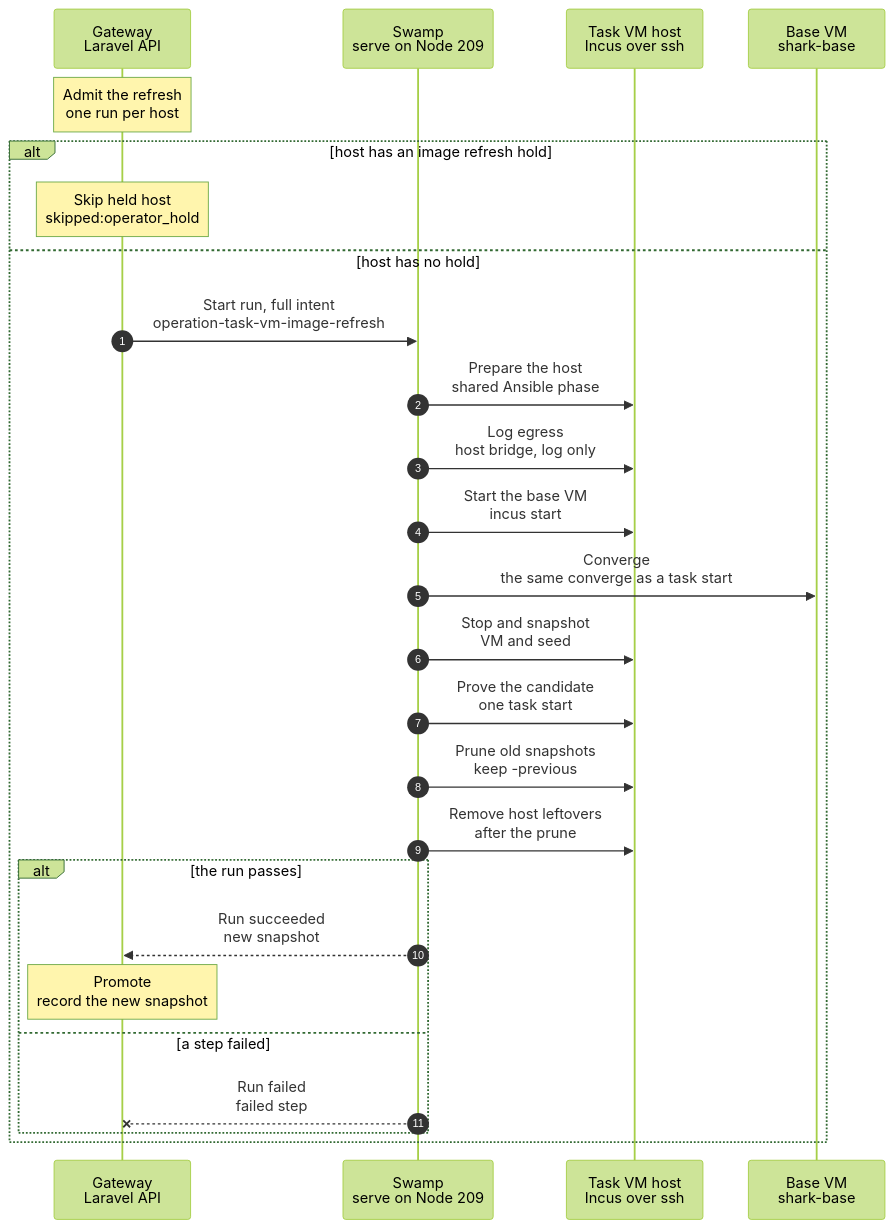
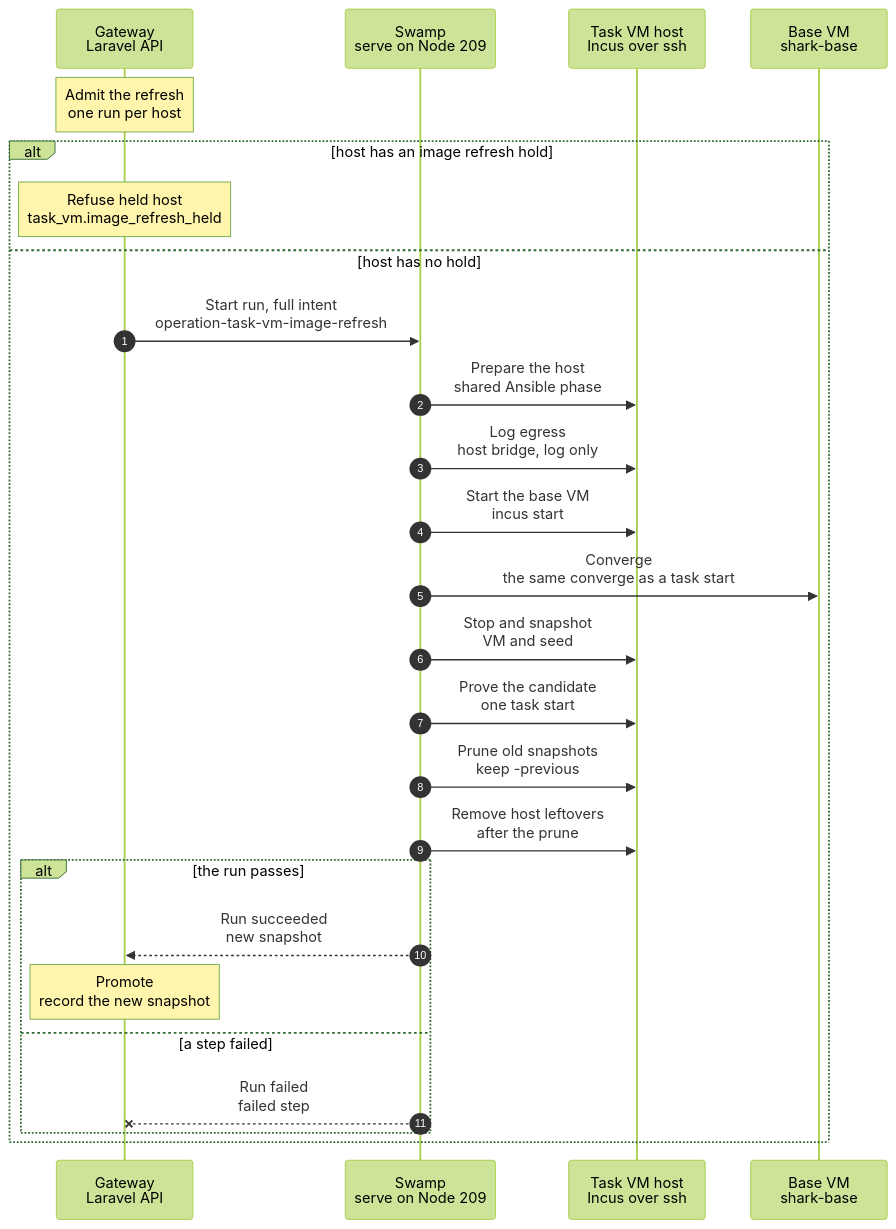
One commit to hardimpactdev/orbit changed the diagram in docs/cli/task/vm-image-refresh.mmd. Above: the diagram before and after it, drawn with Mermaid (forest theme). The commit also changed 8 other files, not shown here.

Commit message:
docs(task-vms): no document promises a task VM image refresh trigger

```diff
--- a/docs/cli/task/vm-image-refresh.mmd
+++ b/docs/cli/task/vm-image-refresh.mmd
@@ -1,89 +1,89 @@
 sequenceDiagram
   %% Target design: each task VM host keeps one stopped base VM, `shark-base`, that never gets an identity. Its ZFS snapshot is the base a task start copies; there is no Incus image and no publish. When a refresh runs, the base VM converges and a new snapshot becomes the base, so a task start's converge stays near a no-op. Old path, off: the refresh of the nested-fleet default after a release (docs/cli/instance/container/fleet-refresh.mmd) replaced its release trigger and daily run, which are removed; nothing in the Gateway starts this kind, and it leaves with the task VM path (docs/reference/old-paths.md).
   %% status: draft
   %% command: none · no trigger; nothing starts it
   %% kind: task_vm.image_refresh
   autonumber
   %% lane GW icon=gateway pill=intent tone=blue
   %% lane SW icon=workflow pill=executes tone=green
   %% lane H icon=server pill=target tone=amber
   %% lane VM icon=server pill=base VM tone=purple
   participant GW as Gateway<br/>Laravel API
   participant SW as Swamp<br/>serve on Node 209
   participant H as Task VM host<br/>Incus over ssh
   participant VM as Base VM<br/>shark-base
   Note over GW: Admit the refresh<br/>one run per host
   %%> Started by:
   %%> - nothing: the release step "Admit VM refreshes", the daily 03:20 schedule and the artisan commands `task-vms:refresh-images` and `task-vms:refresh-image` are removed
   %%> Result:
   %%> - the candidate proof may take the shared CI reserve (place 1), then any free task place; task work cannot starve it, and a busy proof may still refuse it
   %%> - a CI-only host permits its own refresh proof, pinned to that host; Sabre refresh proves on Sabre and never spills onto another host
   %%> - one run per host; a host with a refresh open keeps it, and a second admission returns it; no commit waits behind it
   alt host has an image refresh hold
-    Note over GW: Skip held host<br/>skipped:operator_hold
+    Note over GW: Refuse held host<br/>task_vm.image_refresh_held
     %%> Result:
     %%> - an admission, including --from-stock, refuses with task_vm.image_refresh_held; no Operation is created or queued
     %%> - the host keeps serving its last promoted snapshot; an admitted refresh is unchanged
   else host has no hold
   GW->>SW: Start run, full intent<br/>operation-task-vm-image-refresh
   SW->>H: Prepare the host<br/>shared Ansible phase
   %%> What it does:
   %%> - validates existing pool, project and bridge before changes; preserves unrelated host resources
   %%> - creates a missing native dataset pool, or an Incus-managed loop-backed ZFS pool with the configured size
   %%> - caps ARC at 2 GiB only when the actual pool source is a regular file; native-ZFS hosts keep their setting
   %%> - converges the isolated NAT bridge, ACL, project, profile, stock Ubuntu image and forwarding rule; an unchanged rerun changes nothing
   %%> - permits DHCP requests (UDP 68 to 67) from the task bridge and DNS (TCP/UDP 53) to its host address through UFW before first boot, using the orbit:task-vms-* catalog ownership shown by firewall:list --managed; a forwarding rule alone cannot admit these host input packets
   SW->>H: Log egress<br/>host bridge, log only
   %%> What it does:
   %%> - sets up the egress log of the host bridge (Ansible part `egress-log`): an nftables rule logs each new outside connection of a task VM, rsyslog writes it to its own file, and dnsmasq logs the DNS queries; nothing is blocked
   %%> - the first run sets `raw.dnsmasq`, which runs the whole setup of the bridge again and restarts its dnsmasq: running VMs lose DNS for about a second, so it should run when no provision is running; Incus then runs that dnsmasq without its AppArmor profile, as the user `incus`
   %%> - it runs before the base is touched; only a safety check fails the run (rules that do not load, a bridge with IPv6, an ACL without its drop rule) and starts no rollback; other checks warn
   SW->>H: Start the base VM<br/>incus start
   %%> What it does:
   %%> - before starting, converges the base VM's `raw.qemu.conf`: `[boot-opts]` with `menu = "on"` and `splash-time = "0"` skips OVMF's 3 s menu wait; every snapshot and task copy inherit it
   %%> - starts the stopped base VM; about 10 s to its guest agent; its containers start with it
   %%> - a host without a recorded base snapshot discards any unpromoted base VM and seed left by a failed build, then uses `incus init` from the stock Ubuntu VM image and an empty seed volume; first boot makes the `orbit` account and installs the SSH server; the converge builds everything else
   %%> - after cloud-init ends with status 0 or 2, reads `orbit`'s authorized keys through Incus and checks their native SHA256 fingerprints against the admitted control public key before Converge; missing or empty keys fail with `task_vm.bootstrap_key_missing`, and no matching fingerprint fails with `task_vm.bootstrap_key_mismatch`
   %%> - this early authentication refusal detects incomplete provisioning; it does not prevent a reboot, rewrite keys or replay cloud-init
   %%> - the task VM project keeps `restricted.snapshots=allow`: the base is a snapshot, and only a host API client can take one
   %%> - an admission from stock withdraws the recorded base at admission, so no task start copies it, and the run first deletes the base VM and its seed with their snapshots and builds the base from stock; after a failure the next refresh builds it as on a new host
   SW->>VM: Converge<br/>the same converge as a task start
   %%> What it does:
   %%> - each part runs only when its digest changed: the outer VM, the warm checkout at the release commit, each container
   %%> - the tools phase prepares `orbit`'s Incus client config with one serial read before the fleet phase; task copies inherit it, so parallel Incus calls never race on first use
   %%> - every fleet reconcile renders the candidate checkout's scoped Swamp grants and reloads them with the existing serve-driver credential; token renewal is separate
   %%> - a grant-file change also retakes the nested base snapshots, even when Gateway code is unchanged; record the grants digest only after all three snapshots succeed, so a failed reload or snapshot remains due on retry
   %%> - the refresh owns the containers' `base` snapshots and retakes them when the fleet changed; the nested Gateway's services restart only when `apps/gateway` changed, and its agent delivery manifest is placed only when the pinned agent build changed
   %%> - a base VM without a nested fleet builds it here, once, in the fleet phase: three system containers from stock Ubuntu on the nested network, the nested Gateway prepared by one local `gateway-bootstrap` run, its own Node, `gateway` and `websocket` converges, app-dev and app-prod added through its own Orbit, the checkout as their disk device, a Doctor wait, then the operator join
   %%> - the build runs only when the fleet is not complete: a container is missing, or the operator stamp that the join writes last is not recorded; it removes that stamp and any container first and builds whole. A complete fleet skips it and restarts no container
   %%> - no other wait for the nested Gateway and no identity wipe: the base VM never gets an identity, and readiness belongs to a task start
   %%> - the boot phase bakes the Orbit root CA and the firewall into the base, and the `orbit-identity` unit that mounts a copy's identity share and applies it before sshd, WireGuard and the agent; a base VM has no share, so the unit skips
   %%> - the boot phase also matches the uplink by type and name (`00-orbit-task-vm.network`), never by the base VM's MAC, so every copy gets an address; it waits online for IPv4 only, masks the apt and motd timers, and starts Docker at boot, as its package does
   SW->>H: Stop and snapshot<br/>VM and seed
   %%> What it does:
   %%> - stops the base VM and snapshots it and its seed volume under the run's name; ZFS snapshots, about 1 s
   SW->>H: Prove the candidate<br/>one task start
   %%> What it does:
   %%> - steps 2 to 4 of a task start from the new snapshot in a free place, then its release
   SW->>H: Prune old snapshots<br/>keep -previous
   %%> What it does:
   %%> - keeps the new snapshot and the one before it; removes older ones of the VM and the seed
   SW->>H: Remove host leftovers<br/>after the prune
   %%> What it does:
   %%> - in the task VM project: every image but the stock source image, the volumes of retired image seeds (`orbit-topology-seed-*`) and the place-pool baseline (`orbit-baseline-*`)
   %%> - the retired projects the Gateway names (`orbit-baselines`, `orbit-measure-nr`), with what they hold, and the old images of `orbit-proto`
   %%> - only where the project keeps its own images and volumes; a project that cannot be emptied is reported after the others had their turn
   %%> - a failure here fails no refresh: the next refresh removes what is left, and the Operation's result says `host_clean: failed`
   alt the run passes
     SW-->>GW: Run succeeded<br/>new snapshot
     Note over GW: Promote<br/>record the new snapshot
     %%> Result:
     %%> - task starts copy the new snapshot; the one before it is `-previous`
     %%> - target: about 25 s for a no-op refresh before the proof (boot 10 s, converge 8 s, stop 5 s, snapshot 1 s); the first refresh of a new host builds the whole base, so it takes much longer: about 30 min of it is the fleet build
   else a step failed
     SW--xGW: Run failed<br/>failed step
     %%> On failure:
     %%> - the base VM is stopped and rolled back to the recorded snapshot, and a new snapshot is removed; task starts keep the recorded one
     %%> - the place of the proof is `failed` until the host sweep releases it; the sweep keeps only the place of an open refresh, so a queued refresh that waits for a CI place does not keep the failed places
   end
   end
```
